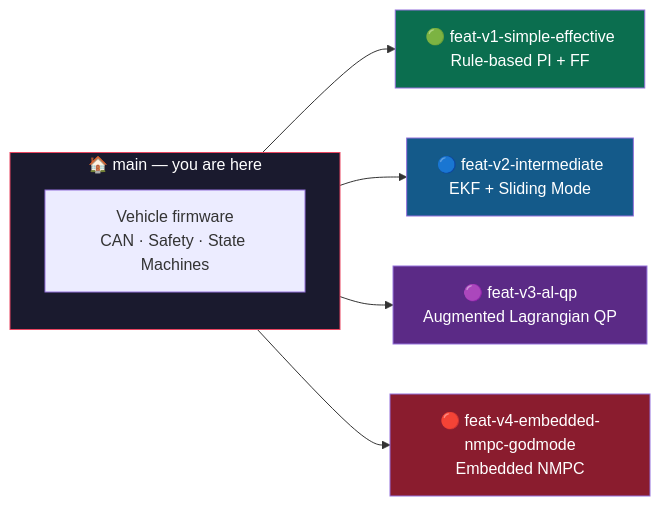
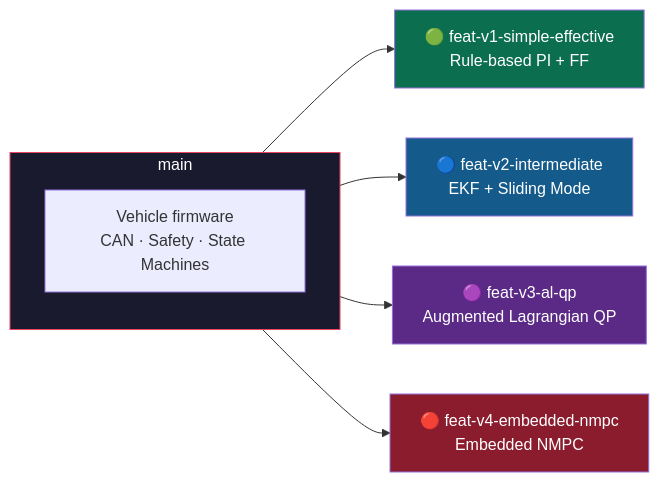
The first of 14 diagrams in README.md (calico21/TORQUE-VECTORING-AL-QP), drawn with Mermaid before and after one commit. The commit also changed other lines of this file, not shown here.

````diff
--- a/README.md
+++ b/README.md
@@ -67,17 +67,17 @@
 ```mermaid
 flowchart LR
-    subgraph MAIN["🏠 main — you are here"]
+    subgraph MAIN["main"]
         direction TB
         M1["Vehicle firmware\nCAN · Safety · State Machines"]
     end
     MAIN --> V1["🟢 feat-v1-simple-effective\nRule-based PI + FF"]
     MAIN --> V2["🔵 feat-v2-intermediate\nEKF + Sliding Mode"]
     MAIN --> V3["🟣 feat-v3-al-qp\nAugmented Lagrangian QP"]
-    MAIN --> V4["🔴 feat-v4-embedded-nmpc-godmode\nEmbedded NMPC"]
+    MAIN --> V4["🔴 feat-v4-embedded-nmpc\nEmbedded NMPC"]
 
     style MAIN fill:#1a1a2e,color:#fff,stroke:#e94560
     style V1 fill:#0b6e4f,color:#fff
     style V2 fill:#145a8a,color:#fff
     style V3 fill:#5b2a86,color:#fff
     style V4 fill:#8a1c2e,color:#fff
 ```
````
